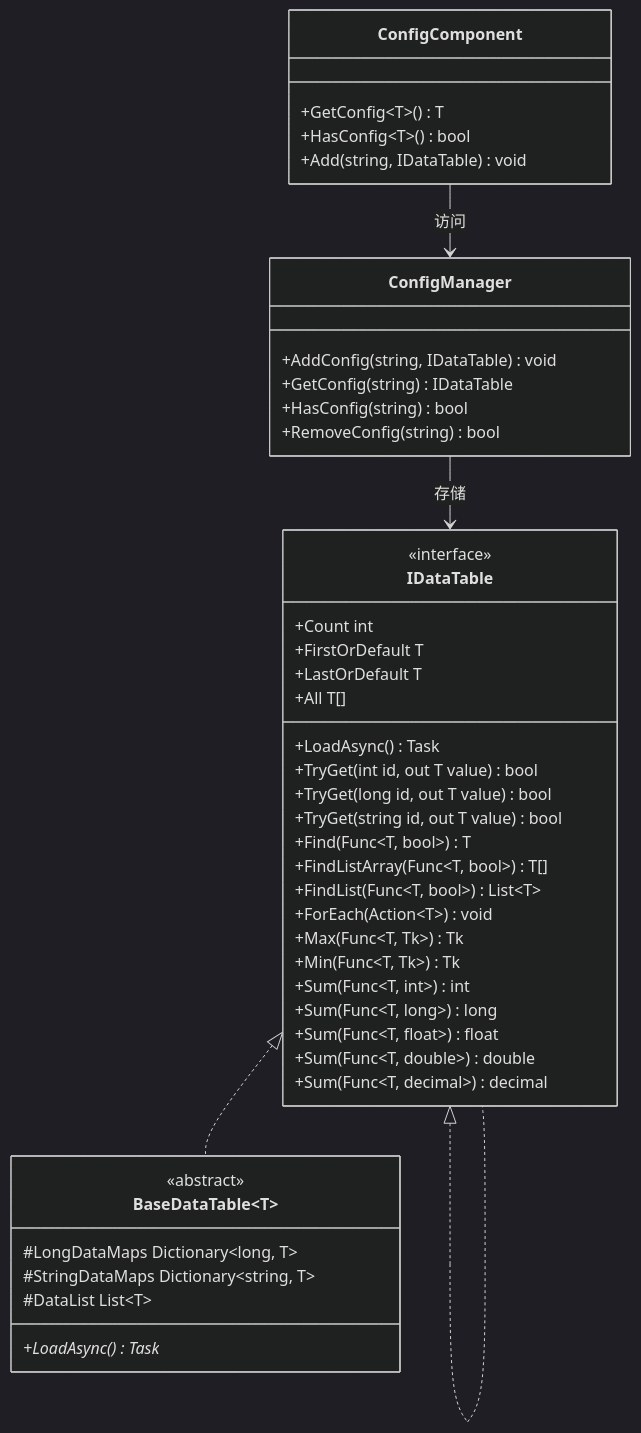
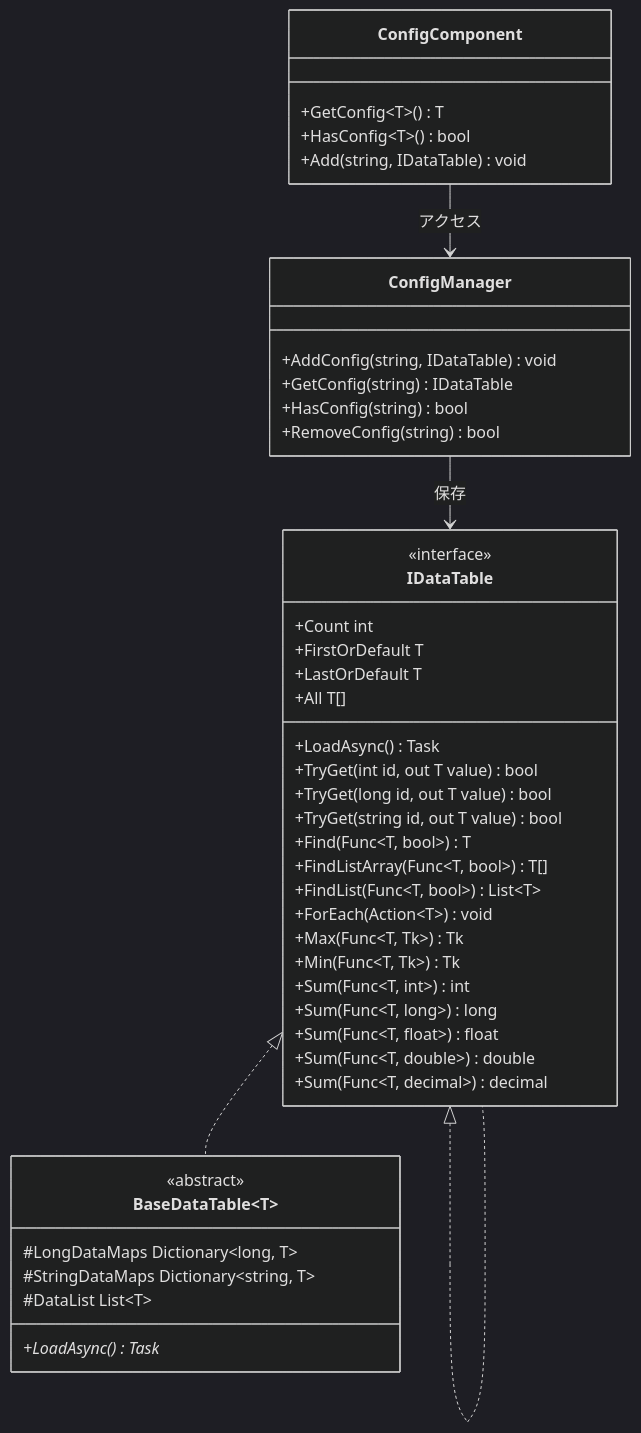
Before and after one commit to AlianBlank/GameFrameX.Docs: the first of 2 diagrams in docs/ja/client/unity/component/config/07.idata-table.md, drawn with Mermaid (dark theme). The commit also changed other lines of this file and 320 other files, not shown here.

````diff
--- a/docs/ja/client/unity/component/config/07.idata-table.md
+++ b/docs/ja/client/unity/component/config/07.idata-table.md
@@ -26,55 +26,55 @@
 ```mermaid
 classDiagram
     class IDataTable {
         <<interface>>
         +LoadAsync() Task
         +Count int
     }
     
     class IDataTable~T~ {
         <<interface>>
         +TryGet(int id, out T value) bool
         +TryGet(long id, out T value) bool
         +TryGet(string id, out T value) bool
         +FirstOrDefault T
         +LastOrDefault T
         +All T[]
         +Find(Func~T, bool~) T
         +FindListArray(Func~T, bool~) T[]
         +FindList(Func~T, bool~) List~T~
         +ForEach(Action~T~) void
         +Max(Func~T, Tk~) Tk
         +Min(Func~T, Tk~) Tk
         +Sum(Func~T, int~) int
         +Sum(Func~T, long~) long
         +Sum(Func~T, float~) float
         +Sum(Func~T, double~) double
         +Sum(Func~T, decimal~) decimal
     }
     
     class BaseDataTable~T~ {
         <<abstract>>
         #LongDataMaps Dictionary~long, T~
         #StringDataMaps Dictionary~string, T~
         #DataList List~T~
         +LoadAsync() Task*
     }
     
     class ConfigManager {
         +AddConfig(string, IDataTable) void
         +GetConfig(string) IDataTable
         +HasConfig(string) bool
         +RemoveConfig(string) bool
     }
     
     class ConfigComponent {
         +GetConfig~T~() T
         +HasConfig~T~() bool
         +Add(string, IDataTable) void
     }
     
     IDataTable <|.. IDataTable~T~
     IDataTable~T~ <|.. BaseDataTable~T~
-    ConfigManager --> IDataTable : 存储
-    ConfigComponent --> ConfigManager : 访问
+    ConfigManager --> IDataTable : 保存
+    ConfigComponent --> ConfigManager : アクセス
 ```
````
